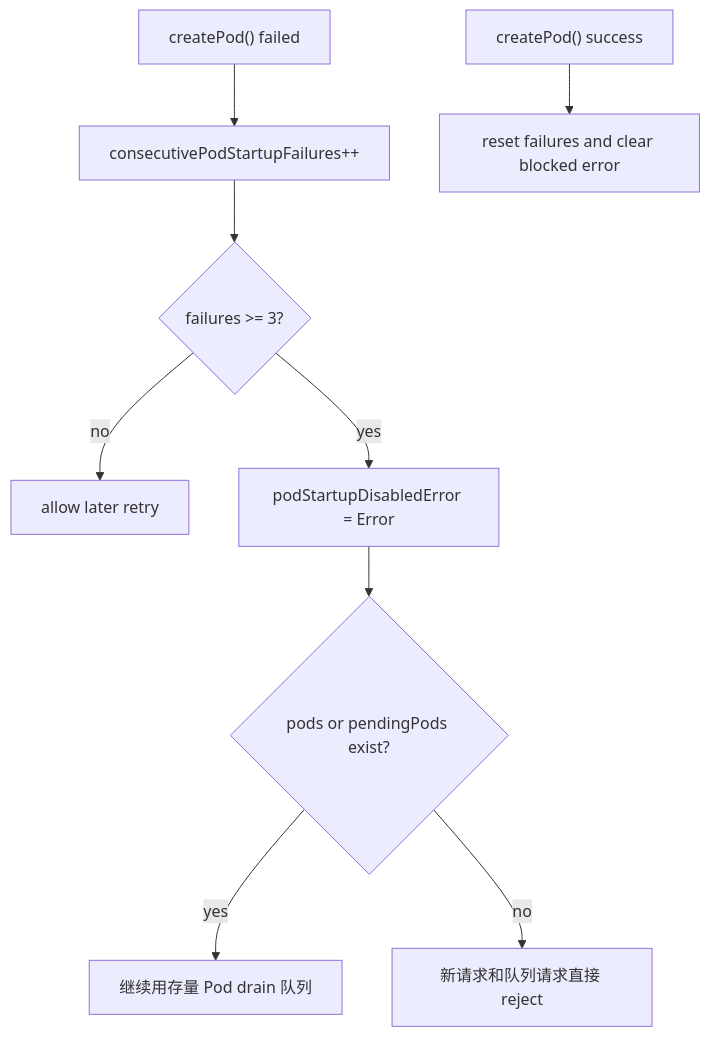
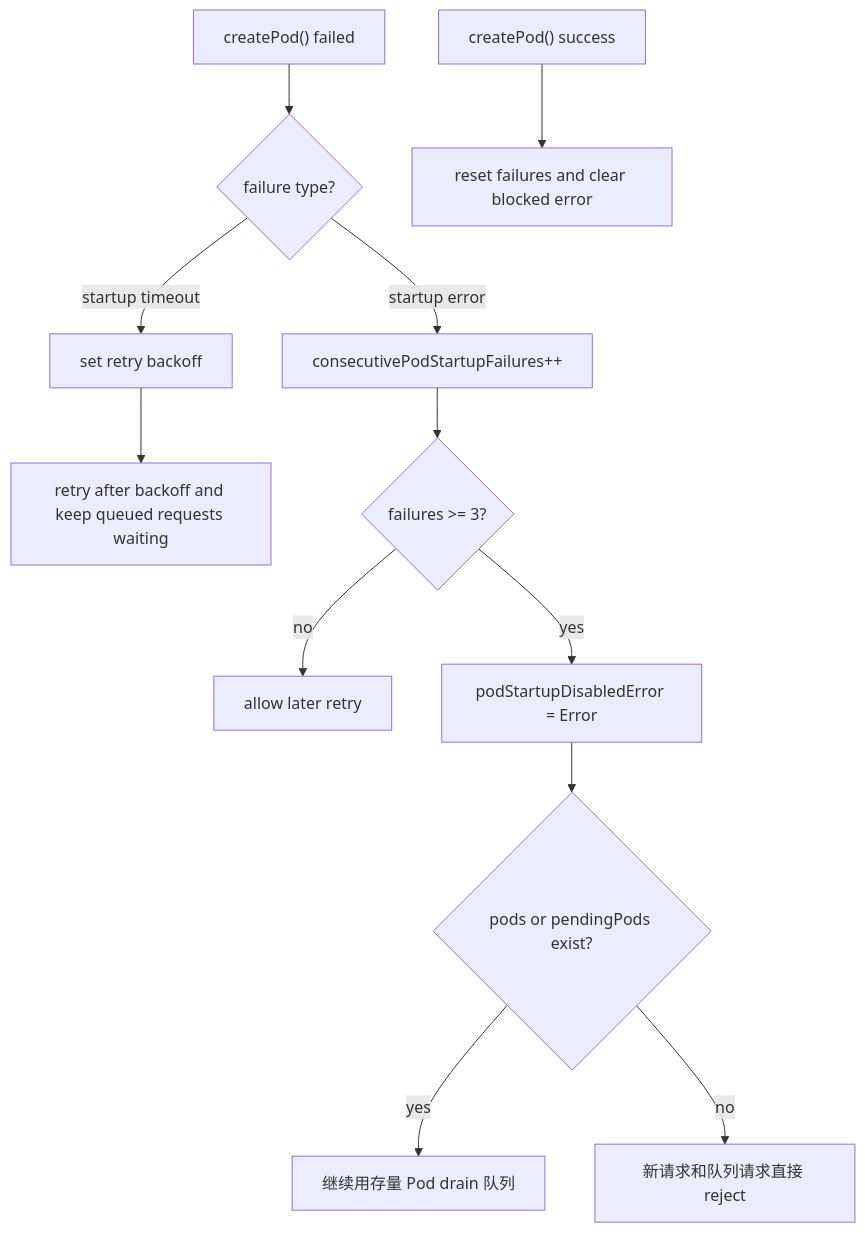
The sixth of 7 diagrams in packages/infrastructure/src/plugin/plugin-runtime/drivers/local-pool/service/DESIGN.md (labring/fastgpt-plugin), drawn with Mermaid before and after one commit. The commit also changed other lines of this file and 12 other files, not shown here.

Commit message:
Expose startup retry delays as env config

````diff
--- a/packages/infrastructure/src/plugin/plugin-runtime/drivers/local-pool/service/DESIGN.md
+++ b/packages/infrastructure/src/plugin/plugin-runtime/drivers/local-pool/service/DESIGN.md
@@ -133,11 +133,14 @@
 ```mermaid
 flowchart TD
-  fail["createPod() failed"] --> count["consecutivePodStartupFailures++"]
+  fail["createPod() failed"] --> classify{"failure type?"}
+  classify -- startup timeout --> backoff["set retry backoff"]
+  backoff --> retryLater["retry after backoff and keep queued requests waiting"]
+  classify -- startup error --> count["consecutivePodStartupFailures++"]
   count --> threshold{"failures >= 3?"}
   threshold -- no --> retry["allow later retry"]
   threshold -- yes --> blocked["podStartupDisabledError = Error"]
   blocked --> hasPod{"pods or pendingPods exist?"}
   hasPod -- yes --> degrade["继续用存量 Pod drain 队列"]
   hasPod -- no --> reject["新请求和队列请求直接 reject"]
   success["createPod() success"] --> reset["reset failures and clear blocked error"]
 ```
````
